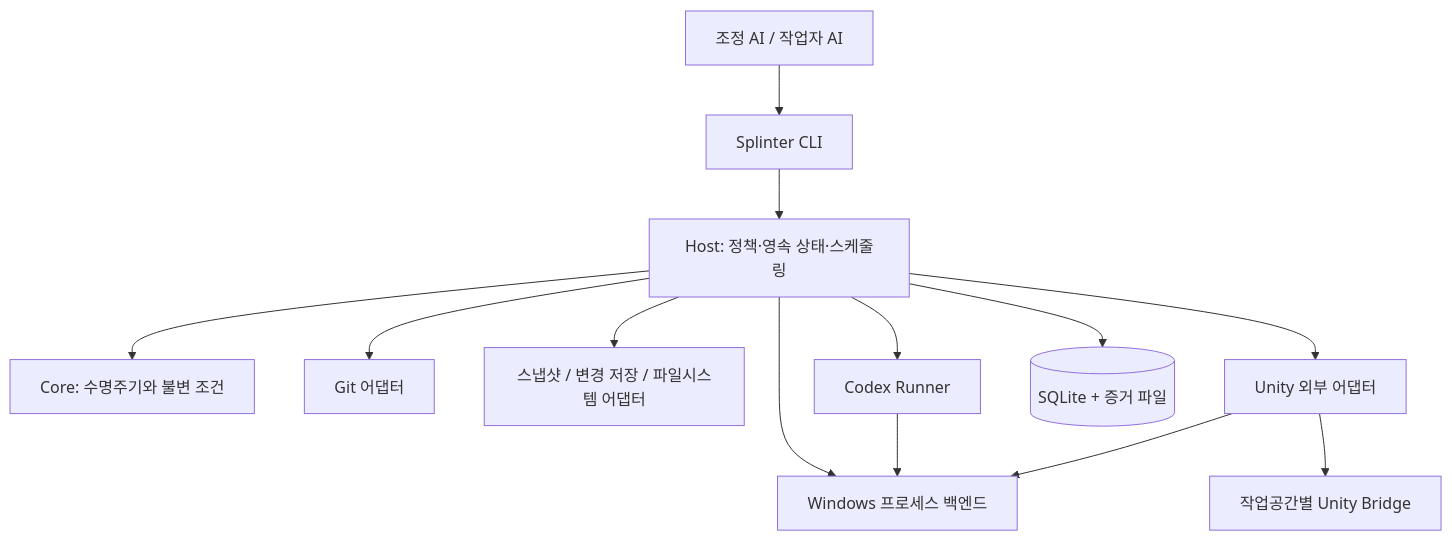
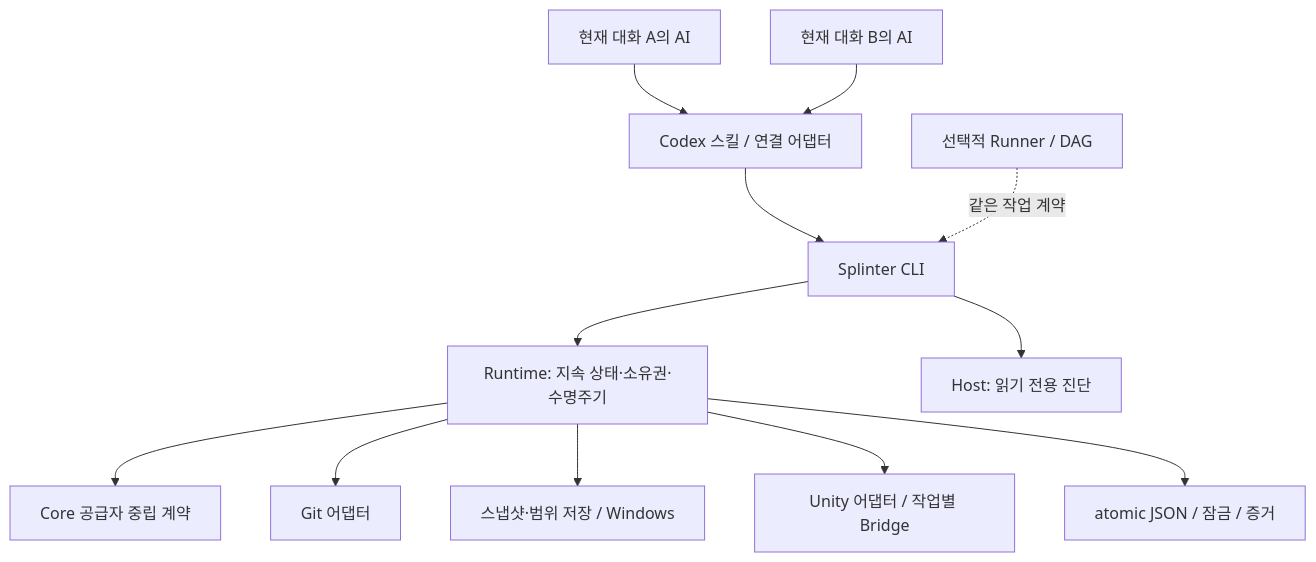
Before and after one commit to olivecrow/splinter: the diagram in docs/plans/implementation-plan.md, drawn with Mermaid. The commit also changed other lines of this file and 16 other files, not shown here.

````diff
--- a/docs/plans/implementation-plan.md
+++ b/docs/plans/implementation-plan.md
@@ -84,15 +87,14 @@
 ```mermaid
 flowchart TD
-    Agent[조정 AI / 작업자 AI] --> CLI[Splinter CLI]
-    CLI --> Host[Host: 정책·영속 상태·스케줄링]
-    Host --> Core[Core: 수명주기와 불변 조건]
-    Host --> Git[Git 어댑터]
-    Host --> Storage[스냅샷 / 변경 저장 / 파일시스템 어댑터]
-    Host --> Process[Windows 프로세스 백엔드]
-    Host --> Runner[Codex Runner]
-    Host --> Unity[Unity 외부 어댑터]
-    Host --> DB[(SQLite + 증거 파일)]
-    Runner --> Process
-    Unity --> Process
-    Unity --> Bridge[작업공간별 Unity Bridge]
+    A[현재 대화 A의 AI] --> Link[Codex 스킬 / 연결 어댑터]
+    B[현재 대화 B의 AI] --> Link
+    Link --> CLI[Splinter CLI]
+    CLI --> Runtime[Runtime: 지속 상태·소유권·수명주기]
+    CLI --> Host[Host: 읽기 전용 진단]
+    Runtime --> Core[Core 공급자 중립 계약]
+    Runtime --> Git[Git 어댑터]
+    Runtime --> Storage[스냅샷·범위 저장 / Windows]
+    Runtime --> Unity[Unity 어댑터 / 작업별 Bridge]
+    Runtime --> State[atomic JSON / 잠금 / 증거]
+    Optional[선택적 Runner / DAG] -. 같은 작업 계약 .-> CLI
 ```
````
